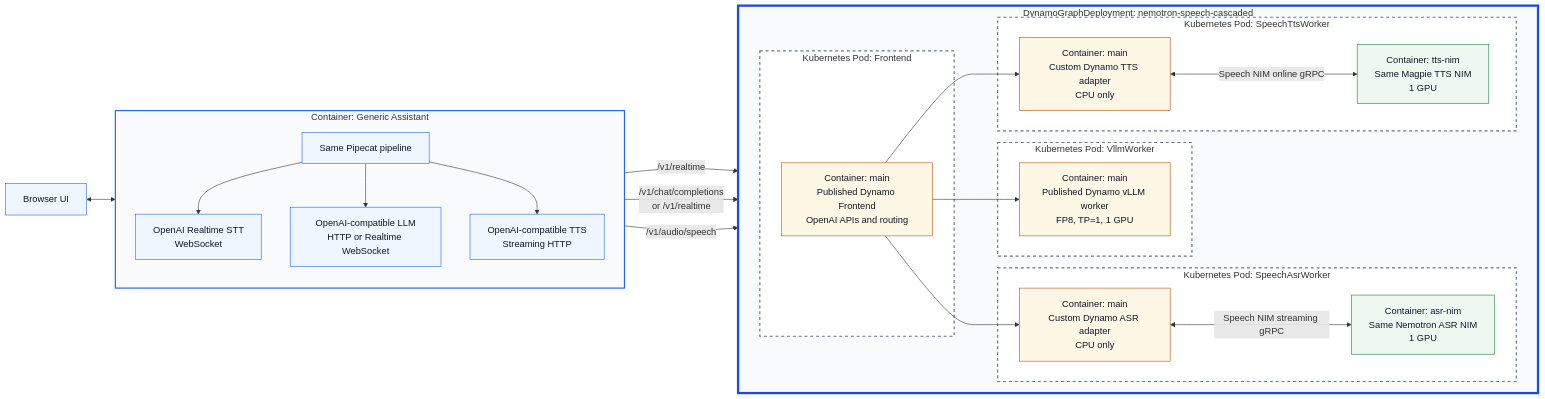
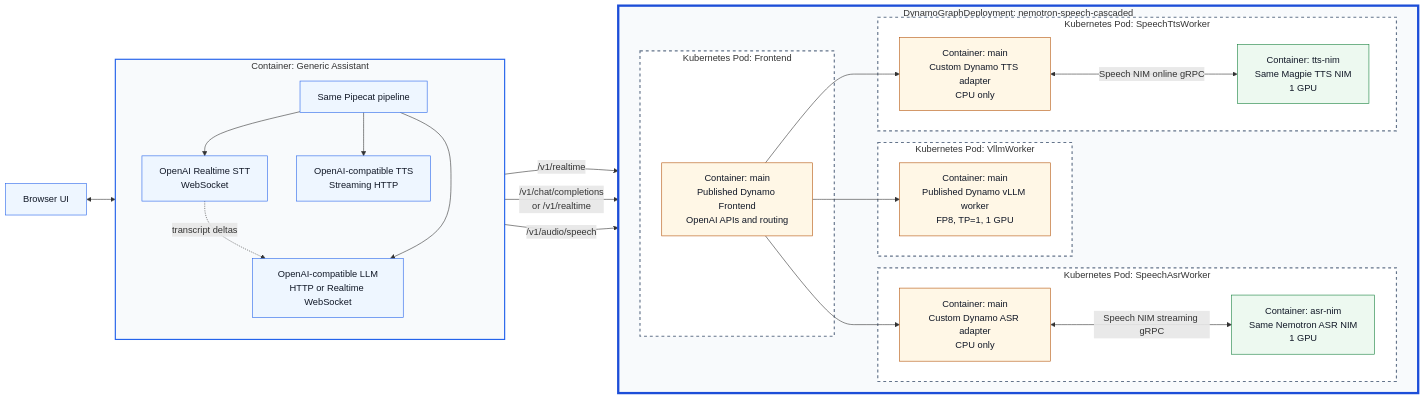
Before and after one commit to ai-dynamo/dynamo: the diagram in examples/nemotron_speech_cascaded_pipeline/README.md, drawn with Mermaid.

Commit message:
docs(examples): clarify client-side speech handoff

````diff
--- a/examples/nemotron_speech_cascaded_pipeline/README.md
+++ b/examples/nemotron_speech_cascaded_pipeline/README.md
@@ -30,64 +30,65 @@
 ```mermaid
 flowchart LR
     Browser["Browser UI"]
 
     subgraph PipecatContainer["Container: Generic Assistant"]
         direction TB
         Pipecat["Same Pipecat pipeline"]
         STTClient["OpenAI Realtime STT<br/>WebSocket"]
         LLMClient["OpenAI-compatible LLM<br/>HTTP or Realtime WebSocket"]
         TTSClient["OpenAI-compatible TTS<br/>Streaming HTTP"]
     end
 
     subgraph DGD["DynamoGraphDeployment: nemotron-speech-cascaded"]
         direction LR
 
         subgraph FrontendPod["Kubernetes Pod: Frontend"]
             Frontend["Container: main<br/>Published Dynamo Frontend<br/>OpenAI APIs and routing"]
         end
 
         subgraph ASRPod["Kubernetes Pod: SpeechAsrWorker"]
             ASRWorker["Container: main<br/>Custom Dynamo ASR adapter<br/>CPU only"]
             ASR["Container: asr-nim<br/>Same Nemotron ASR NIM<br/>1 GPU"]
         end
 
         subgraph LLMPod["Kubernetes Pod: VllmWorker"]
             LLMWorker["Container: main<br/>Published Dynamo vLLM worker<br/>FP8, TP=1, 1 GPU"]
         end
 
         subgraph TTSPod["Kubernetes Pod: SpeechTtsWorker"]
             TTSWorker["Container: main<br/>Custom Dynamo TTS adapter<br/>CPU only"]
             TTS["Container: tts-nim<br/>Same Magpie TTS NIM<br/>1 GPU"]
         end
     end
 
     Browser <--> Pipecat
 
     Pipecat --> STTClient
     STTClient -->|"/v1/realtime"| Frontend
     Frontend --> ASRWorker
     ASRWorker <-->|"Speech NIM streaming gRPC"| ASR
 
+    STTClient -.->|"transcript deltas"| LLMClient
     Pipecat --> LLMClient
     LLMClient -->|"/v1/chat/completions<br/>or /v1/realtime"| Frontend
     Frontend --> LLMWorker
 
     Pipecat --> TTSClient
     TTSClient -->|"/v1/audio/speech"| Frontend
     Frontend --> TTSWorker
     TTSWorker <-->|"Speech NIM online gRPC"| TTS
 
     classDef client fill:#eef6ff,stroke:#2563eb,color:#111827
     classDef dynamo fill:#fff7e6,stroke:#b45309,color:#111827
     classDef nim fill:#edf9f0,stroke:#15803d,color:#111827
     class Browser,Pipecat,STTClient,LLMClient,TTSClient client
     class Frontend,ASRWorker,LLMWorker,TTSWorker dynamo
     class ASR,TTS nim
 
     style PipecatContainer fill:#f8fafc,stroke:#2563eb,stroke-width:2px
     style DGD fill:#f8fafc,stroke:#1d4ed8,stroke-width:4px
     style FrontendPod fill:#ffffff,stroke:#64748b,stroke-width:2px,stroke-dasharray:5 5
     style ASRPod fill:#ffffff,stroke:#64748b,stroke-width:2px,stroke-dasharray:5 5
     style LLMPod fill:#ffffff,stroke:#64748b,stroke-width:2px,stroke-dasharray:5 5
     style TTSPod fill:#ffffff,stroke:#64748b,stroke-width:2px,stroke-dasharray:5 5
 ```
````
